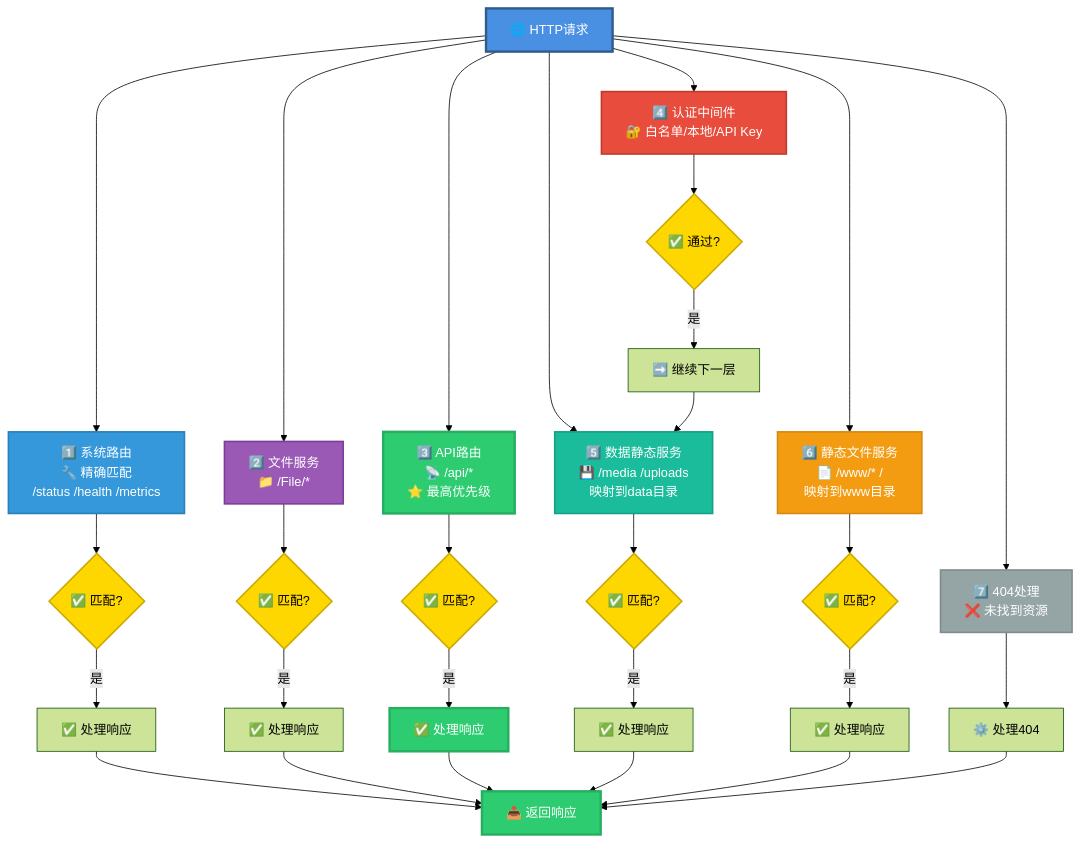
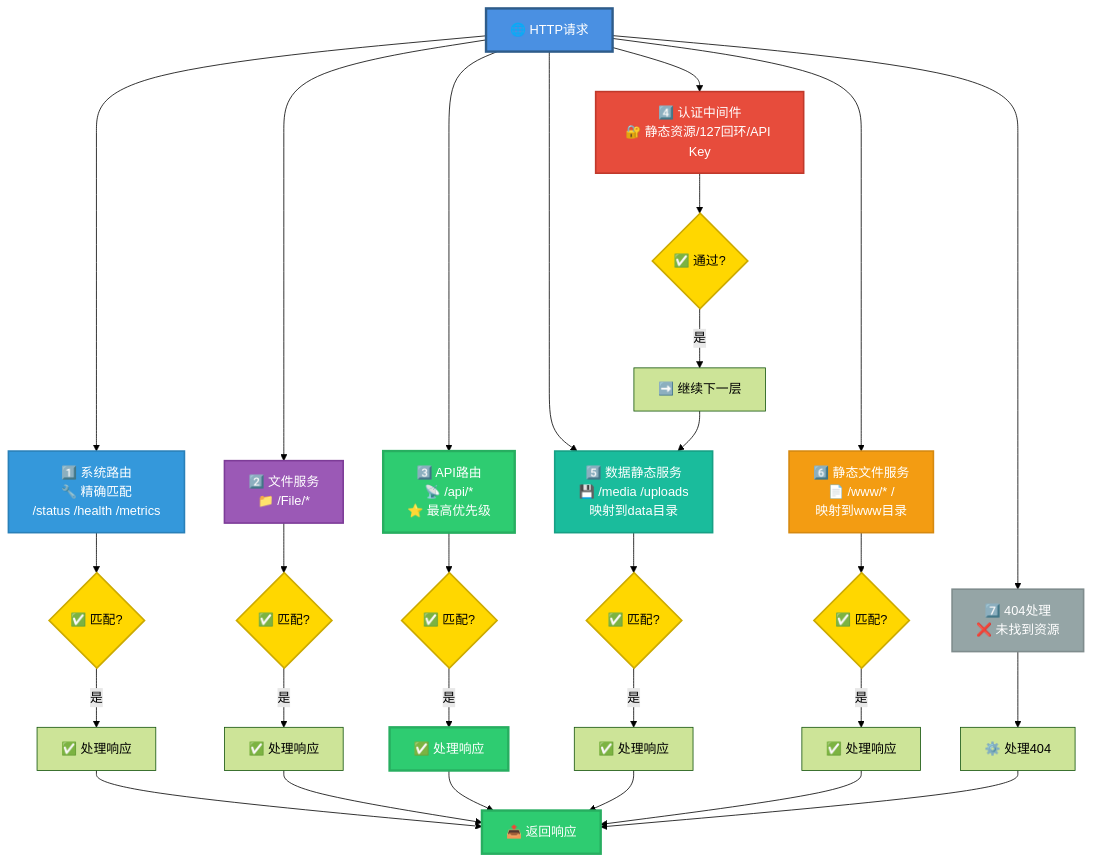
Before and after one commit to sunflowermm/XRK-AGT: diagram 12 of 13 in docs/server.md, drawn with Mermaid (forest theme). The commit also changed other lines of this file and 9 other files, not shown here.

````diff
--- a/docs/server.md
+++ b/docs/server.md
@@ -636,50 +636,50 @@
 ```mermaid
 flowchart TB
     Request["🌐 HTTP请求"] --> Priority1["1️⃣ 系统路由<br/>🔧 精确匹配<br/>/status /health /metrics"]
     Request --> Priority2["2️⃣ 文件服务<br/>📁 /File/*"]
     Request --> Priority3["3️⃣ API路由<br/>📡 /api/*<br/>⭐ 最高优先级"]
-    Request --> Priority4["4️⃣ 认证中间件<br/>🔐 白名单/本地/API Key"]
+    Request --> Priority4["4️⃣ 认证中间件<br/>🔐 静态资源/127回环/API Key"]
     Request --> Priority5["5️⃣ 数据静态服务<br/>💾 /media /uploads<br/>映射到data目录"]
     Request --> Priority6["6️⃣ 静态文件服务<br/>📄 /www/* /<br/>映射到www目录"]
     Request --> Priority7["7️⃣ 404处理<br/>❌ 未找到资源"]
     
     Priority1 --> Match1{"✅ 匹配?"}
     Priority2 --> Match2{"✅ 匹配?"}
     Priority3 --> Match3{"✅ 匹配?"}
     Priority4 --> Match4{"✅ 通过?"}
     Priority5 --> Match5{"✅ 匹配?"}
     Priority6 --> Match6{"✅ 匹配?"}
     Priority7 --> Match7["⚙️ 处理404"]
     
     Match1 -->|"是"| Handler1["✅ 处理响应"]
     Match2 -->|"是"| Handler2["✅ 处理响应"]
     Match3 -->|"是"| Handler3["✅ 处理响应"]
     Match4 -->|"是"| Handler4["➡️ 继续下一层"]
     Match5 -->|"是"| Handler5["✅ 处理响应"]
     Match6 -->|"是"| Handler6["✅ 处理响应"]
     
     Handler1 --> Response["📤 返回响应"]
     Handler2 --> Response
     Handler3 --> Response
     Handler4 --> Priority5
     Handler5 --> Response
     Handler6 --> Response
     Match7 --> Response
     
     style Request fill:#4A90E2,stroke:#2E5C8A,stroke-width:3px,color:#fff
     style Priority1 fill:#3498DB,stroke:#2980B9,stroke-width:2px,color:#fff
     style Priority2 fill:#9B59B6,stroke:#7D3C98,stroke-width:2px,color:#fff
     style Priority3 fill:#2ECC71,stroke:#27AE60,stroke-width:3px,color:#fff
     style Priority4 fill:#E74C3C,stroke:#C0392B,stroke-width:2px,color:#fff
     style Priority5 fill:#1ABC9C,stroke:#16A085,stroke-width:2px,color:#fff
     style Priority6 fill:#F39C12,stroke:#D68910,stroke-width:2px,color:#fff
     style Priority7 fill:#95A5A6,stroke:#7F8C8D,stroke-width:2px,color:#fff
     style Match1 fill:#FFD700,stroke:#CCAA00,stroke-width:2px,color:#000
     style Match2 fill:#FFD700,stroke:#CCAA00,stroke-width:2px,color:#000
     style Match3 fill:#FFD700,stroke:#CCAA00,stroke-width:2px,color:#000
     style Match4 fill:#FFD700,stroke:#CCAA00,stroke-width:2px,color:#000
     style Match5 fill:#FFD700,stroke:#CCAA00,stroke-width:2px,color:#000
     style Match6 fill:#FFD700,stroke:#CCAA00,stroke-width:2px,color:#000
     style Handler3 fill:#2ECC71,stroke:#27AE60,stroke-width:3px,color:#fff
     style Response fill:#2ECC71,stroke:#27AE60,stroke-width:3px,color:#fff
 ```
````
